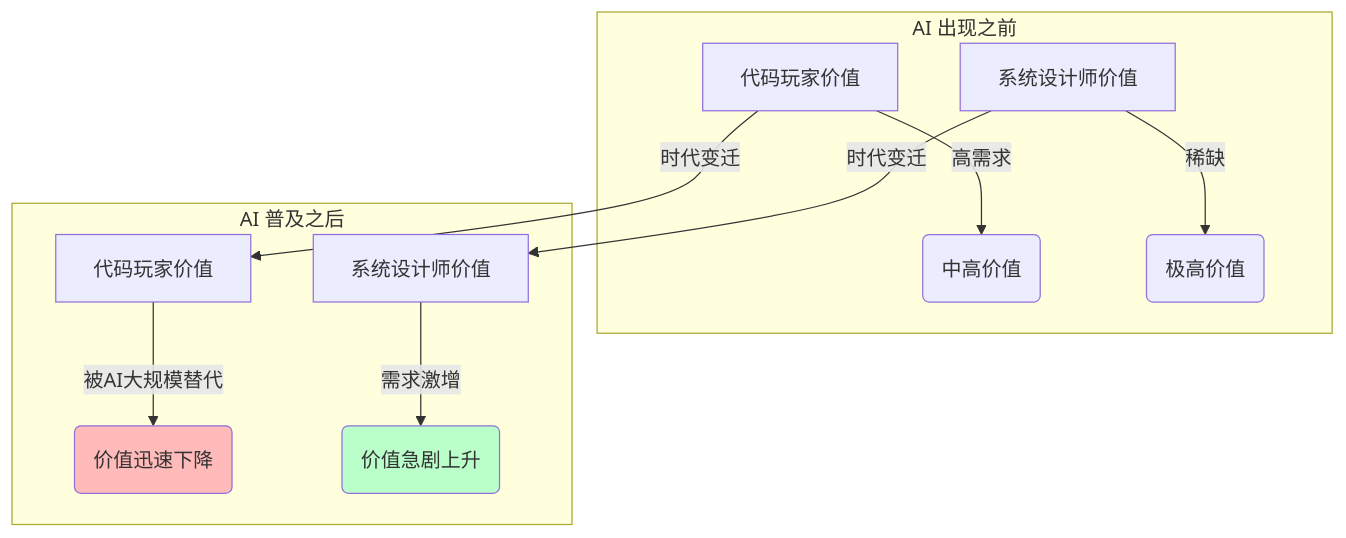
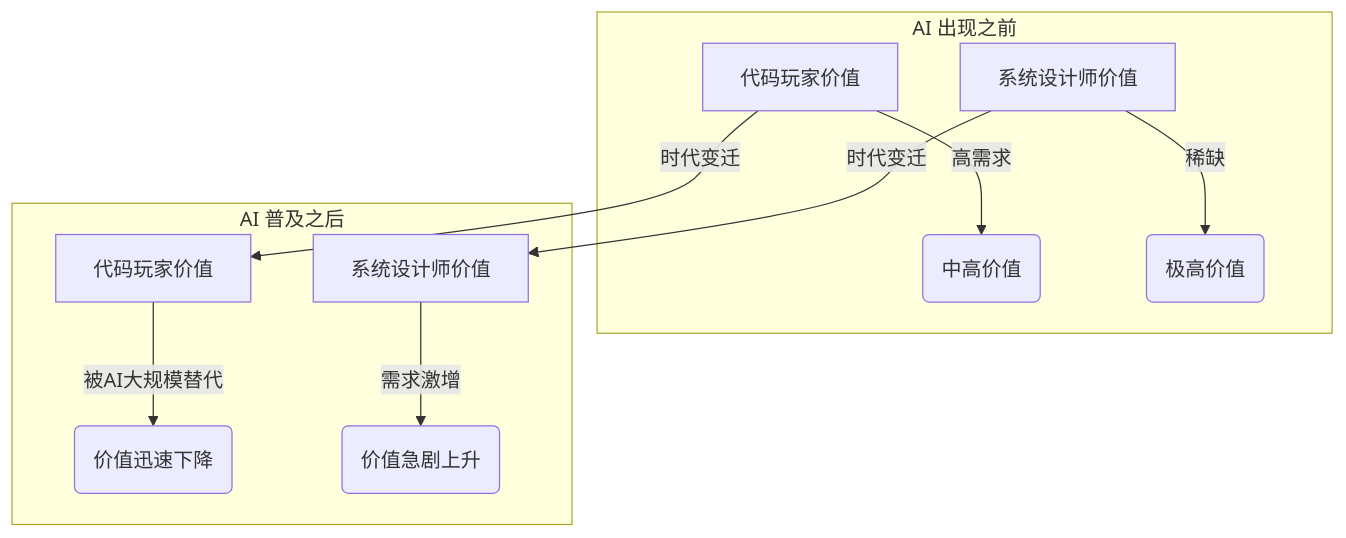
One commit to h-lu/ml_vibecoding changed the diagram in book/ch01/1_2_player_to_designer.qmd. Above: the diagram before and after it, drawn with Mermaid. The commit also changed 153 other files, not shown here.

````diff
--- a/book/ch01/1_2_player_to_designer.qmd
+++ b/book/ch01/1_2_player_to_designer.qmd
@@ -30,18 +30,15 @@
 ```{mermaid}
 graph TD
     subgraph "AI 出现之前"
         A[代码玩家价值] -->|高需求| B(中高价值)
         C[系统设计师价值] -->|稀缺| D(极高价值)
     end
     
     subgraph "AI 普及之后"
         E[代码玩家价值] -->|被AI大规模替代| F(价值迅速下降)
         G[系统设计师价值] -->|需求激增| H(价值急剧上升)
     end
     
     A -- "时代变迁" --> E
     C -- "时代变迁" --> G
-
-    style F fill:#ffbaba
-    style H fill:#baffc9
 ```
````
